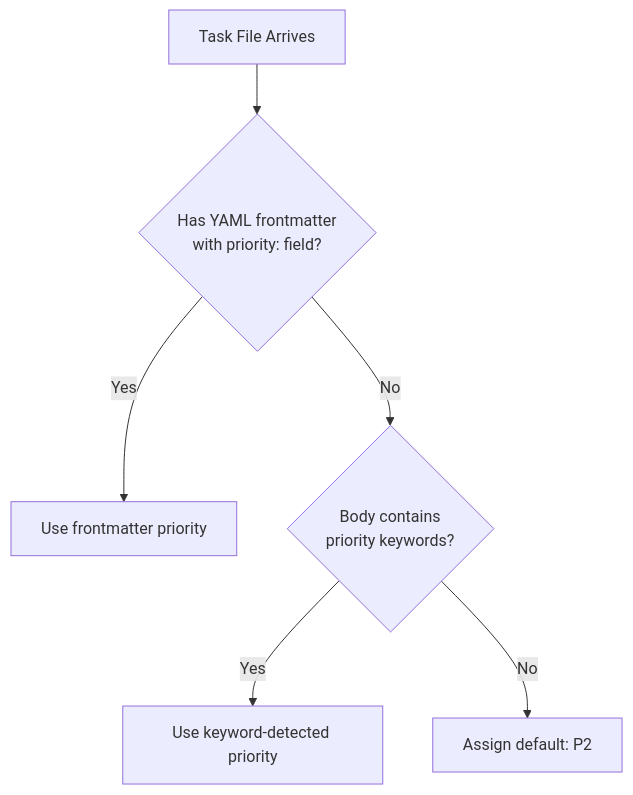
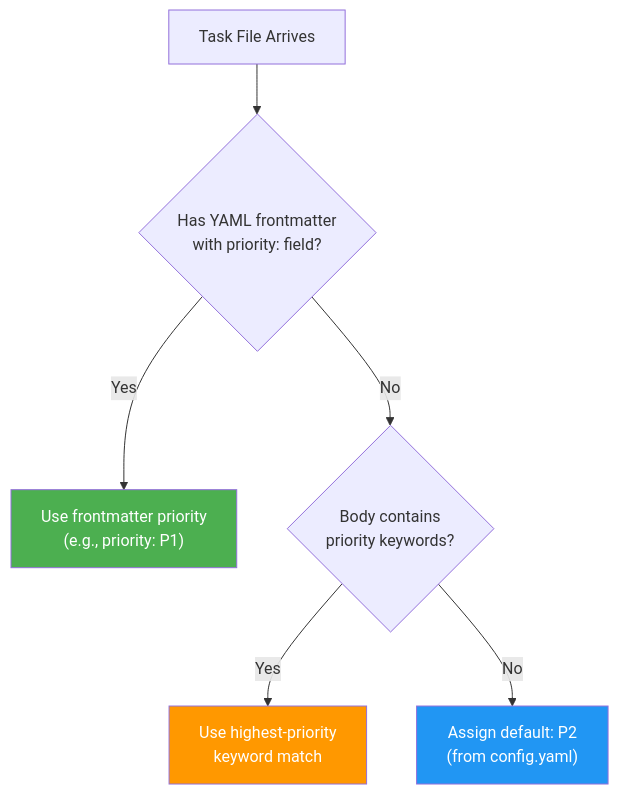
Before and after one commit to Ub207/AI_Employee_Vault: the first of 2 diagrams in Docs/SLA_and_Priority_Model.md, drawn with Mermaid. The commit also changed other lines of this file and 6 other files, not shown here.

````diff
--- a/Docs/SLA_and_Priority_Model.md
+++ b/Docs/SLA_and_Priority_Model.md
@@ -32,8 +34,12 @@
 ```mermaid
 flowchart TD
-    A[Task File Arrives] --> B{Has YAML frontmatter\nwith priority: field?}
-    B -->|Yes| C[Use frontmatter priority]
-    B -->|No| D{Body contains\npriority keywords?}
-    D -->|Yes| E[Use keyword-detected priority]
-    D -->|No| F[Assign default: P2]
+    A[Task File Arrives] --> B{"Has YAML frontmatter<br/>with priority: field?"}
+    B -->|Yes| C["Use frontmatter priority<br/>(e.g., priority: P1)"]
+    B -->|No| D{"Body contains<br/>priority keywords?"}
+    D -->|Yes| E["Use highest-priority<br/>keyword match"]
+    D -->|No| F["Assign default: P2<br/>(from config.yaml)"]
+
+    style C fill:#4caf50,color:#fff
+    style E fill:#ff9800,color:#fff
+    style F fill:#2196f3,color:#fff
 ```
````
